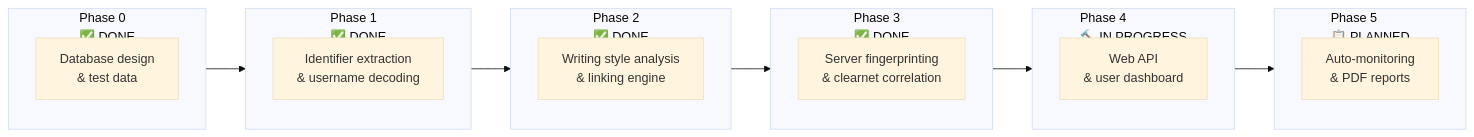
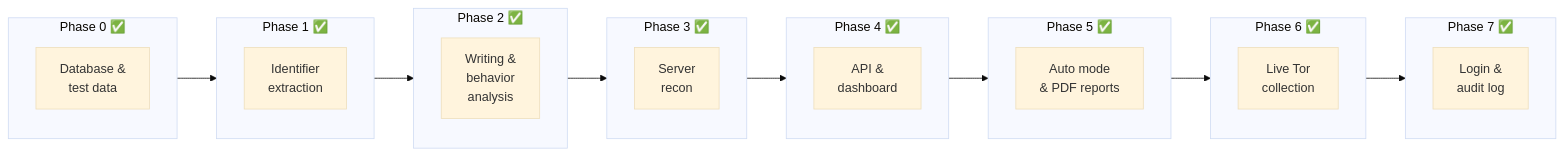
One commit to shubechavan/sih-bombil changed diagram 14 of 16 in docs/PROJECT_DOCUMENTATION.md. Above: the diagram before and after it, drawn with Mermaid (base theme). The commit also changed other lines of this file and 12 other files, not shown here.

````diff
--- a/docs/PROJECT_DOCUMENTATION.md
+++ b/docs/PROJECT_DOCUMENTATION.md
@@ -457,28 +490,29 @@
 ```mermaid
 flowchart LR
-    subgraph P0["Phase 0<br/>✅ DONE"]
-        P0D["Database design<br/>& test data"]
+    subgraph P0["Phase 0 ✅"]
+        P0D["Database &<br/>test data"]
+    end
+    subgraph P1["Phase 1 ✅"]
+        P1D["Identifier<br/>extraction"]
+    end
+    subgraph P2["Phase 2 ✅"]
+        P2D["Writing &<br/>behavior<br/>analysis"]
+    end
+    subgraph P3["Phase 3 ✅"]
+        P3D["Server<br/>recon"]
+    end
+    subgraph P4["Phase 4 ✅"]
+        P4D["API &<br/>dashboard"]
+    end
+    subgraph P5["Phase 5 ✅"]
+        P5D["Auto mode<br/>& PDF reports"]
+    end
+    subgraph P6["Phase 6 ✅"]
+        P6D["Live Tor<br/>collection"]
+    end
+    subgraph P7["Phase 7 ✅"]
+        P7D["Login &<br/>audit log"]
     end
 
-    subgraph P1["Phase 1<br/>✅ DONE"]
-        P1D["Identifier extraction<br/>& username decoding"]
-    end
-
-    subgraph P2["Phase 2<br/>✅ DONE"]
-        P2D["Writing style analysis<br/>& linking engine"]
-    end
-
-    subgraph P3["Phase 3<br/>✅ DONE"]
-        P3D["Server fingerprinting<br/>& clearnet correlation"]
-    end
-
-    subgraph P4["Phase 4<br/>🔨 IN PROGRESS"]
-        P4D["Web API<br/>& user dashboard"]
-    end
-
-    subgraph P5["Phase 5<br/>📋 PLANNED"]
-        P5D["Auto-monitoring<br/>& PDF reports"]
-    end
-
-    P0 --> P1 --> P2 --> P3 --> P4 --> P5
+    P0 --> P1 --> P2 --> P3 --> P4 --> P5 --> P6 --> P7
 ```
````
